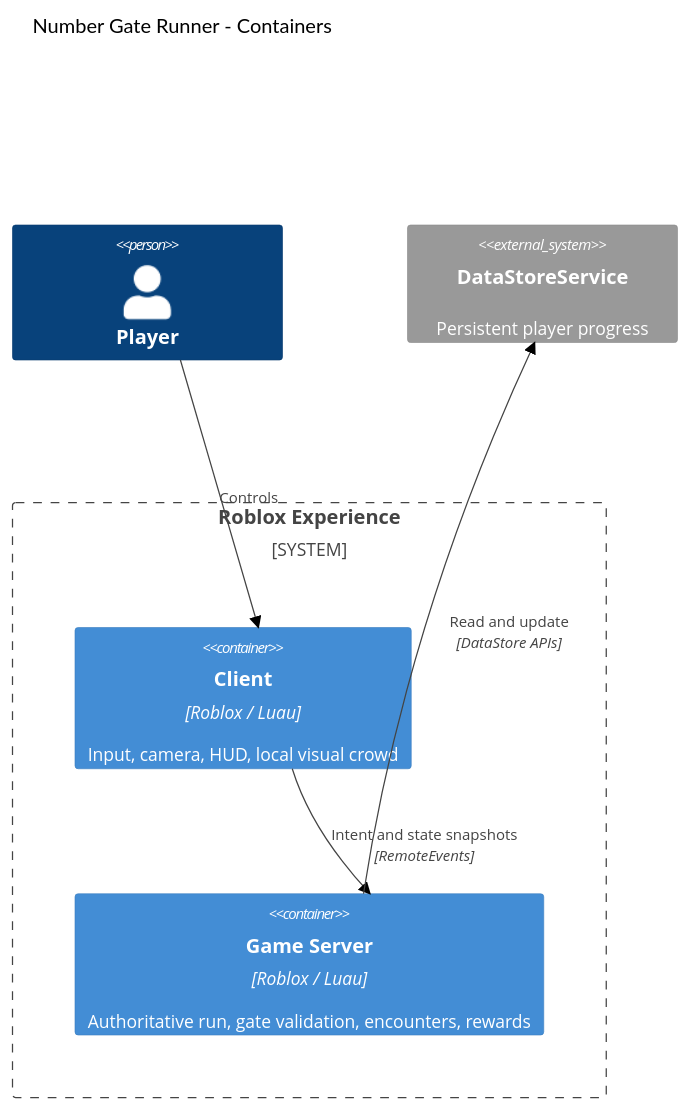
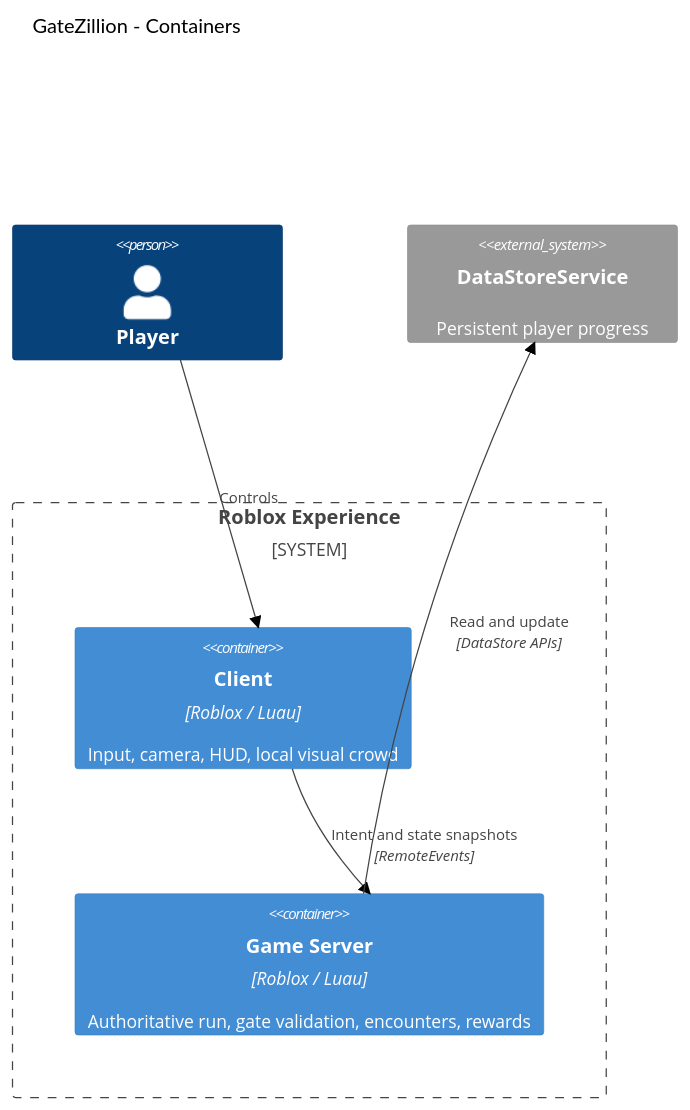
One commit to ghinta/GateZillion changed the second of 4 diagrams in README.md. Above: the diagram before and after it, drawn with Mermaid (forest theme). The commit also changed other lines of this file, not shown here.

````diff
--- a/README.md
+++ b/README.md
@@ -32,13 +32,13 @@
 ```mermaid
 C4Container
-  title Number Gate Runner - Containers
+  title GateZillion - Containers
   Person(player, "Player")
   System_Boundary(game, "Roblox Experience") {
     Container(client, "Client", "Roblox / Luau", "Input, camera, HUD, local visual crowd")
     Container(server, "Game Server", "Roblox / Luau", "Authoritative run, gate validation, encounters, rewards")
   }
   System_Ext(store, "DataStoreService", "Persistent player progress")
   Rel(player, client, "Controls")
   Rel(client, server, "Intent and state snapshots", "RemoteEvents")
   Rel(server, store, "Read and update", "DataStore APIs")
 ```
````
